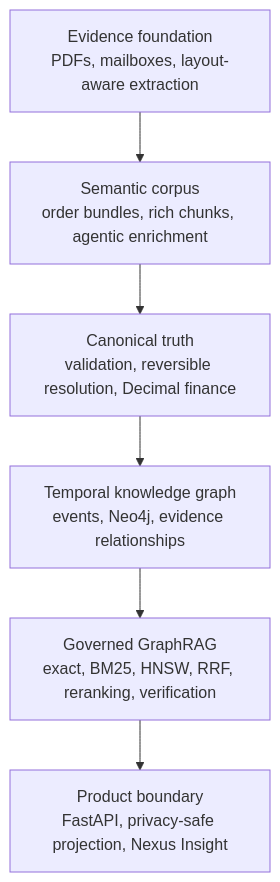
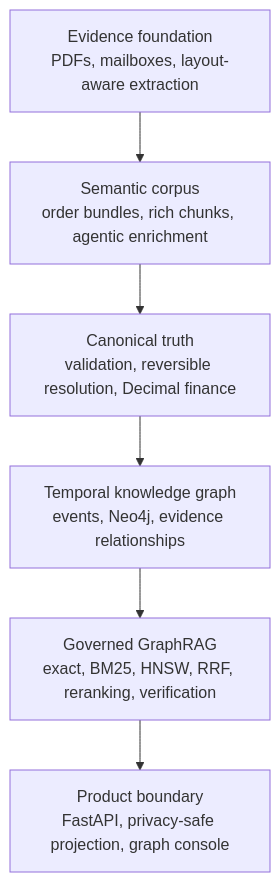
One commit to simon-derock/Lunarbit changed the diagram in README.md. Above: the diagram before and after it, drawn with Mermaid. The commit also changed other lines of this file and 1 other file, not shown here.

````diff
--- a/README.md
+++ b/README.md
@@ -38,10 +38,10 @@
 ```mermaid
 flowchart TB
     A["Evidence foundation<br/>PDFs, mailboxes, layout-aware extraction"]
     B["Semantic corpus<br/>order bundles, rich chunks, agentic enrichment"]
     C["Canonical truth<br/>validation, reversible resolution, Decimal finance"]
     D["Temporal knowledge graph<br/>events, Neo4j, evidence relationships"]
     E["Governed GraphRAG<br/>exact, BM25, HNSW, RRF, reranking, verification"]
-    F["Product boundary<br/>FastAPI, privacy-safe projection, Nexus Insight"]
+    F["Product boundary<br/>FastAPI, privacy-safe projection, graph console"]
     A --> B --> C --> D --> E --> F
 ```
````
